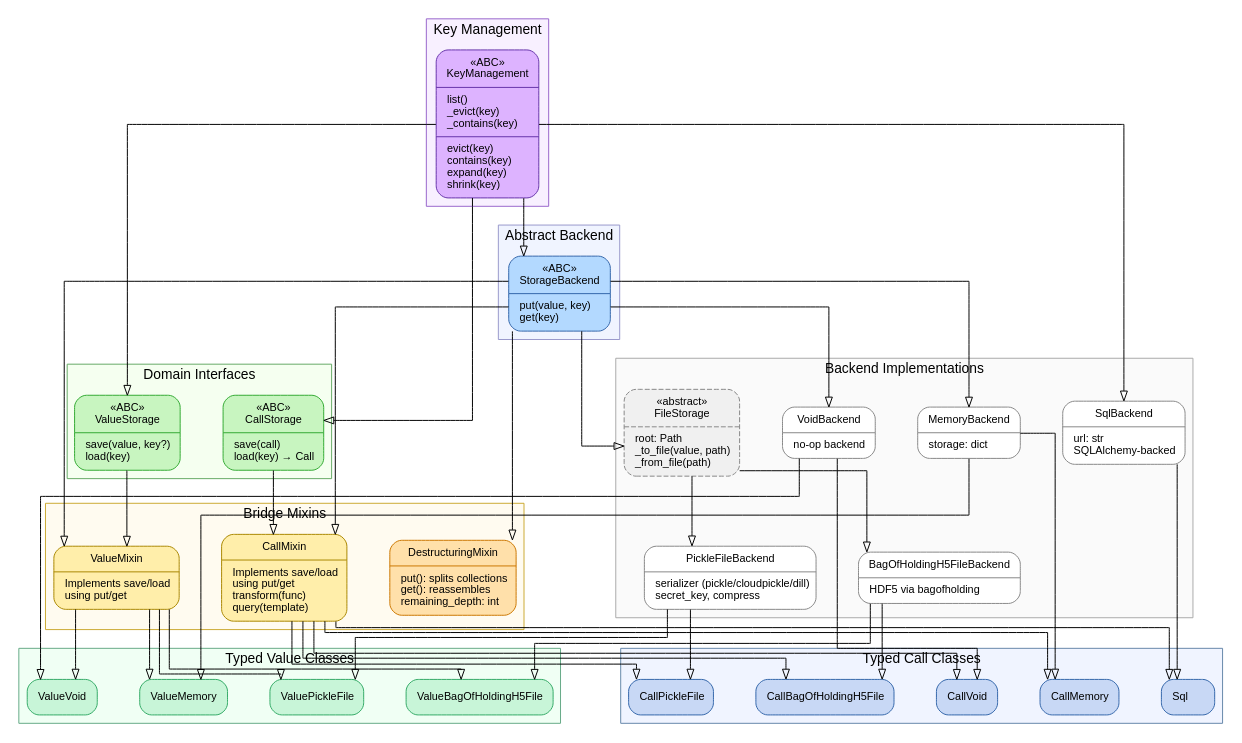
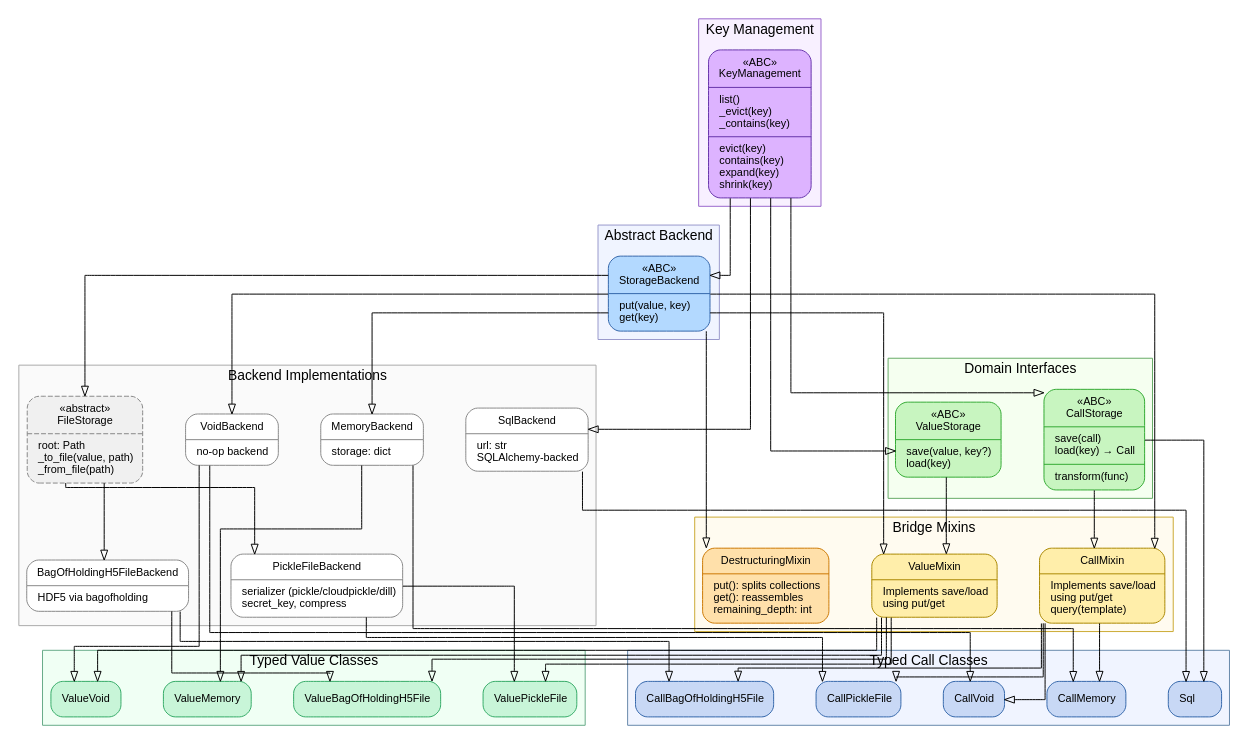
One commit to pmrv/fleche changed the diagram in devnotes/storage-hierarchy.dot. Above: the diagram before and after it, drawn with Graphviz. The commit also changed 2 other files, not shown here.

Commit message:
fix: correct CallMixin/CallStorage labels and Sql edges in devnotes

```diff
--- a/devnotes/storage-hierarchy.dot
+++ b/devnotes/storage-hierarchy.dot
@@ -61,7 +61,7 @@
         ]
 
         CallStorage [
-            label="{«ABC»\nCallStorage|save(call)\lload(key) → Call\l}"
+            label="{«ABC»\nCallStorage|save(call)\lload(key) → Call\l|transform(func)\l}"
             fillcolor="#C8F5C0"
             color="#33AA33"
         ]
@@ -81,7 +81,7 @@
         ]
 
         CallMixin [
-            label="{CallMixin|Implements save/load\lusing put/get\ltransform(func)\lquery(template)\l}"
+            label="{CallMixin|Implements save/load\lusing put/get\lquery(template)\l}"
             fillcolor="#FFEEAA"
             color="#AA8800"
         ]
@@ -204,6 +204,6 @@
     PickleFileBackend -> CallPickleFile     [arrowhead=onormal, style=solid]
     CallMixin -> CallBagOfHoldingH5File    [arrowhead=onormal, style=solid]
     BagOfHoldingH5FileBackend -> CallBagOfHoldingH5File [arrowhead=onormal, style=solid]
-    CallMixin -> Sql                        [arrowhead=onormal, style=solid]
+    CallStorage -> Sql                      [arrowhead=onormal, style=solid]
     SqlBackend -> Sql                       [arrowhead=onormal, style=solid]
 }
```
